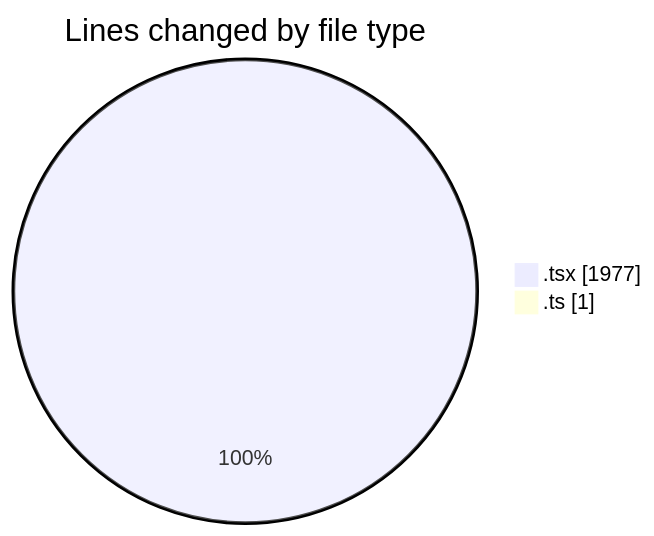
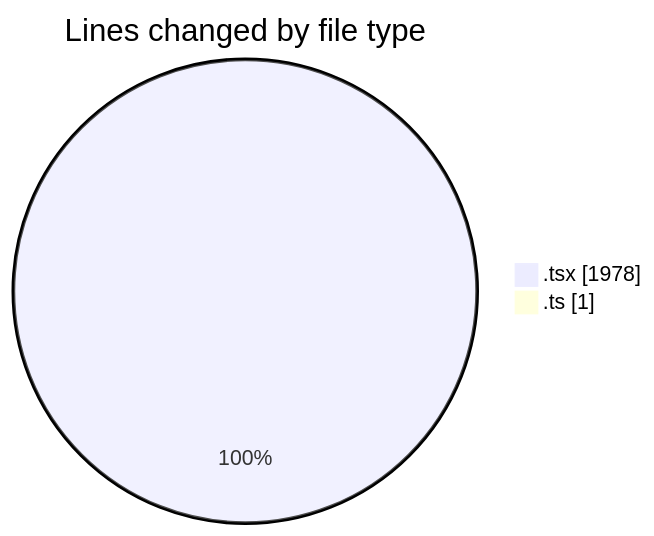
The first of 2 diagrams in 2025-03-08/mbc-web/README.md (robertbonfada/code-tracking), drawn with Mermaid before and after one commit. The commit also changed other lines of this file and 1 other file, not shown here.

````diff
--- a/2025-03-08/mbc-web/README.md
+++ b/2025-03-08/mbc-web/README.md
@@ -29,6 +29,6 @@
 ```mermaid
 pie showData
 title Lines changed by file type
-".tsx" : 1977
+".tsx" : 1978
 ".ts" : 1
 ```
````
